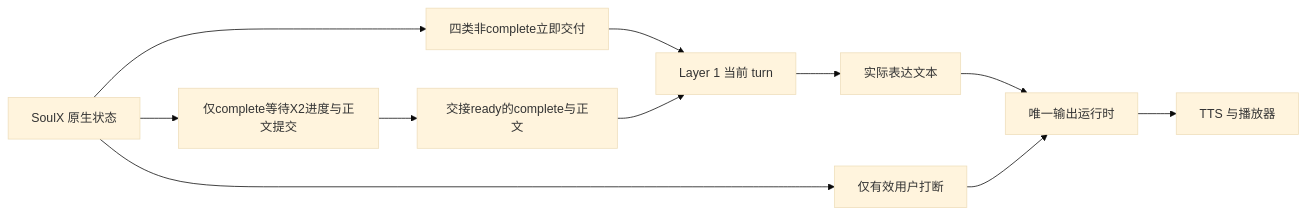
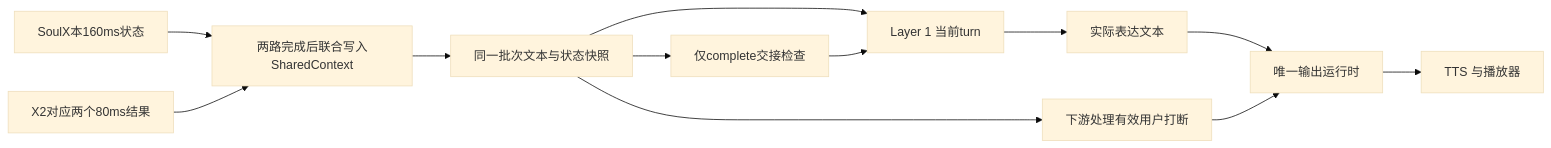
The diagram in docs/research_design/architecture.md (Vitalrubbish/InterClarify), drawn with Mermaid (base theme) before and after one commit. The commit also changed other lines of this file and 15 other files, not shown here.

````diff
--- a/docs/research_design/architecture.md
+++ b/docs/research_design/architecture.md
@@ -73,13 +73,14 @@
 ```mermaid
 flowchart LR
-    S[SoulX 原生状态] --> N[四类非complete立即交付]
-    N --> L[Layer 1 当前 turn]
-    S --> C[仅complete等待X2进度与正文提交]
-    C --> E[交接ready的complete与正文]
-    E --> L
+    S[SoulX本160ms状态] --> B[两路完成后联合写入SharedContext]
+    X[X2对应两个80ms结果] --> B
+    B --> N[同一批次文本与状态快照]
+    N --> L[Layer 1 当前turn]
+    N --> C[仅complete交接检查]
+    C --> L
     L --> F[实际表达文本]
     F --> R[唯一输出运行时]
+    N --> I[下游处理有效用户打断]
+    I --> R
     R --> T[TTS 与播放器]
-    S --> I[仅有效用户打断]
-    I --> R
 ```
````
